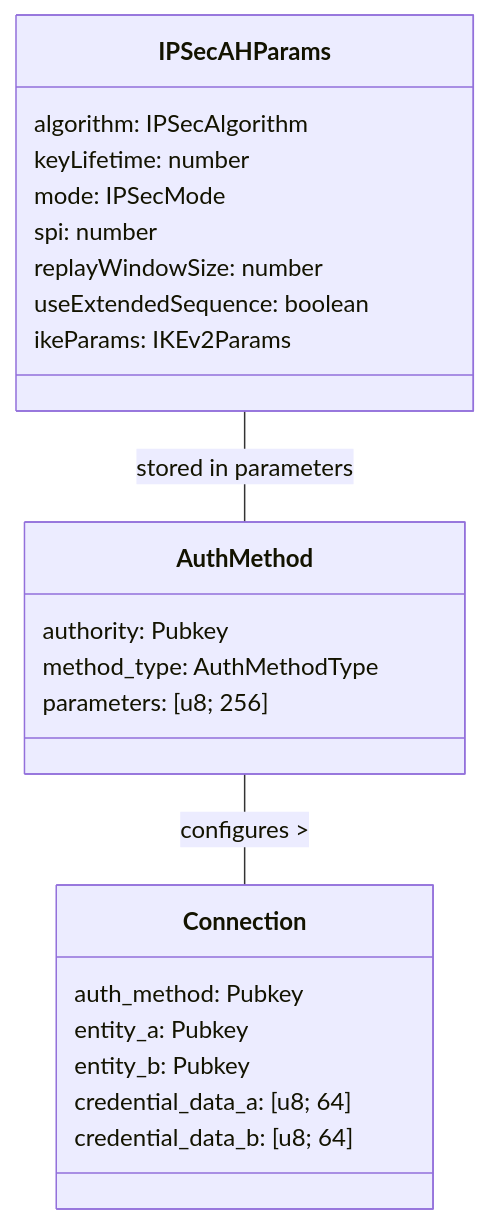
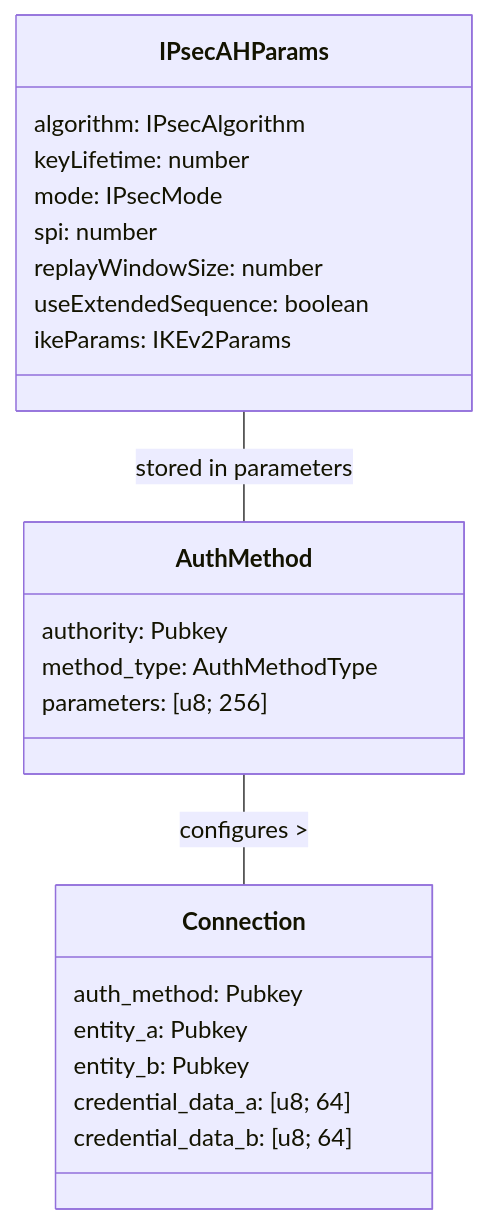
One commit to DAWN-Foundation/dawn changed the third of 3 diagrams in programs/dawn/src/app/amf/ipsecah.md. Above: the diagram before and after it, drawn with Mermaid. The commit also changed other lines of this file and 4 other files, not shown here.

````diff
--- a/programs/dawn/src/app/amf/ipsecah.md
+++ b/programs/dawn/src/app/amf/ipsecah.md
@@ -136,29 +136,29 @@
 ```mermaid
 classDiagram
-    class IPSecAHParams {
-        algorithm: IPSecAlgorithm
+    class IPsecAHParams {
+        algorithm: IPsecAlgorithm
         keyLifetime: number
-        mode: IPSecMode
+        mode: IPsecMode
         spi: number
         replayWindowSize: number
         useExtendedSequence: boolean
         ikeParams: IKEv2Params
     }
 
     class Connection {
         auth_method: Pubkey
         entity_a: Pubkey
         entity_b: Pubkey
         credential_data_a: [u8; 64]
         credential_data_b: [u8; 64]
     }
 
     class AuthMethod {
         authority: Pubkey
         method_type: AuthMethodType
         parameters: [u8; 256]
     }
 
     AuthMethod -- Connection: configures >
-    IPSecAHParams -- AuthMethod: stored in parameters
+    IPsecAHParams -- AuthMethod: stored in parameters
 ```
````
